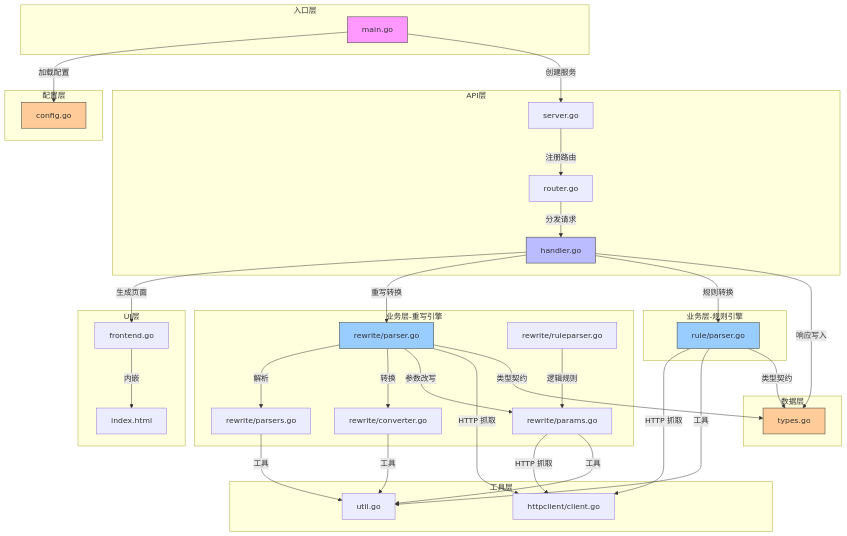
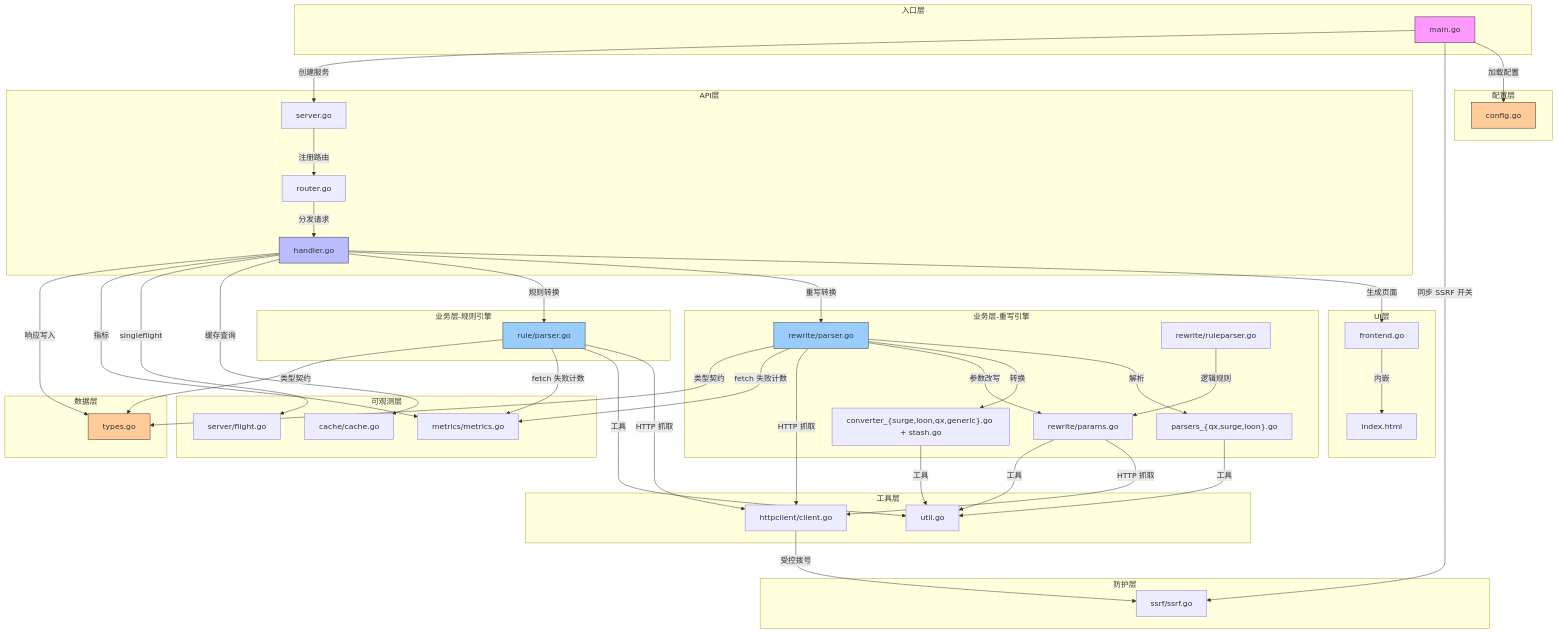
Before and after one commit to woyin/Script-Hub: the diagram in PROJECT_INDEX.md, drawn with Mermaid. The commit also changed other lines of this file and 1 other file, not shown here.

```diff
--- a/PROJECT_INDEX.md
+++ b/PROJECT_INDEX.md
@@ -98,8 +118,8 @@
 
   subgraph 业务层-重写引擎
     RewriteParser["rewrite/parser.go"]
-    RewriteParsers["rewrite/parsers.go"]
-    RewriteConv["rewrite/converter.go"]
+    RewriteParsers["parsers_{qx,surge,loon}.go"]
+    RewriteConv["converter_{surge,loon,qx,generic}.go + stash.go"]
     RewriteParams["rewrite/params.go"]
     RewriteRuleParser["rewrite/ruleparser.go"]
   end
@@ -113,11 +133,22 @@
     Util["util.go"]
   end
 
+  subgraph 防护层
+    SSRF["ssrf/ssrf.go"]
+  end
+
+  subgraph 可观测层
+    Metrics["metrics/metrics.go"]
+    Cache["cache/cache.go"]
+    Flight["server/flight.go"]
+  end
+
   subgraph 数据层
     Types["types.go"]
   end
 
   Main -->|加载配置| Config
+  Main -->|同步 SSRF 开关| SSRF
   Main -->|创建服务| Server
   Server -->|注册路由| Router
   Router -->|分发请求| Handler
@@ -125,11 +156,15 @@
   Frontend -->|内嵌| HTML
   Handler -->|重写转换| RewriteParser
   Handler -->|规则转换| RuleParser
+  Handler -->|缓存查询| Cache
+  Handler -->|singleflight| Flight
+  Handler -->|指标| Metrics
 
   RewriteParser -->|解析| RewriteParsers
   RewriteParser -->|转换| RewriteConv
   RewriteParser -->|参数改写| RewriteParams
   RewriteParser -->|HTTP 抓取| HTTPClient
+  RewriteParser -->|fetch 失败计数| Metrics
   RewriteParsers -->|工具| Util
   RewriteConv -->|工具| Util
   RewriteParams -->|HTTP 抓取| HTTPClient
@@ -138,6 +173,9 @@
 
   RuleParser -->|HTTP 抓取| HTTPClient
   RuleParser -->|工具| Util
+  RuleParser -->|fetch 失败计数| Metrics
+
+  HTTPClient -->|受控拨号| SSRF
 
   RewriteParser -->|类型契约| Types
   RuleParser -->|类型契约| Types
```
